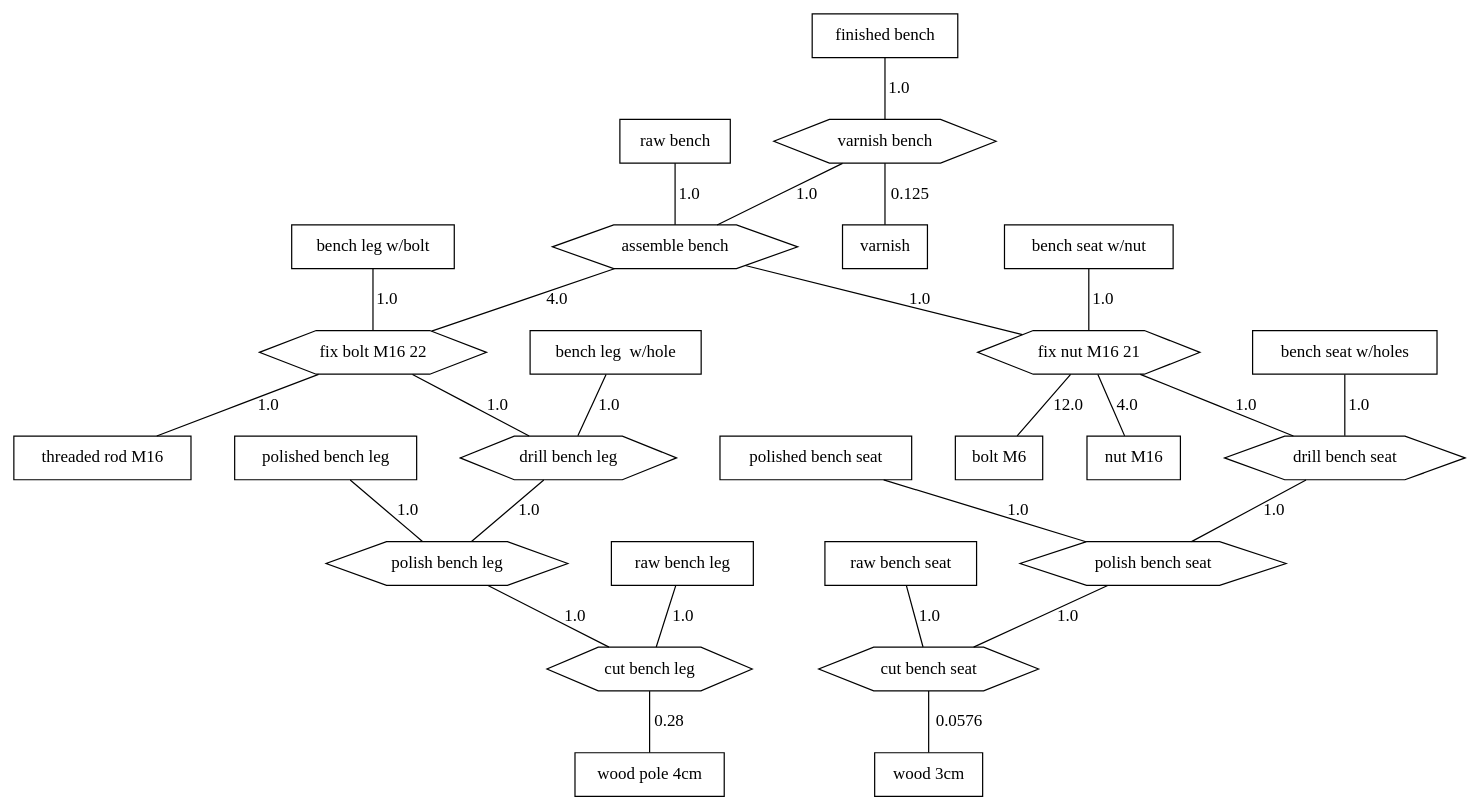
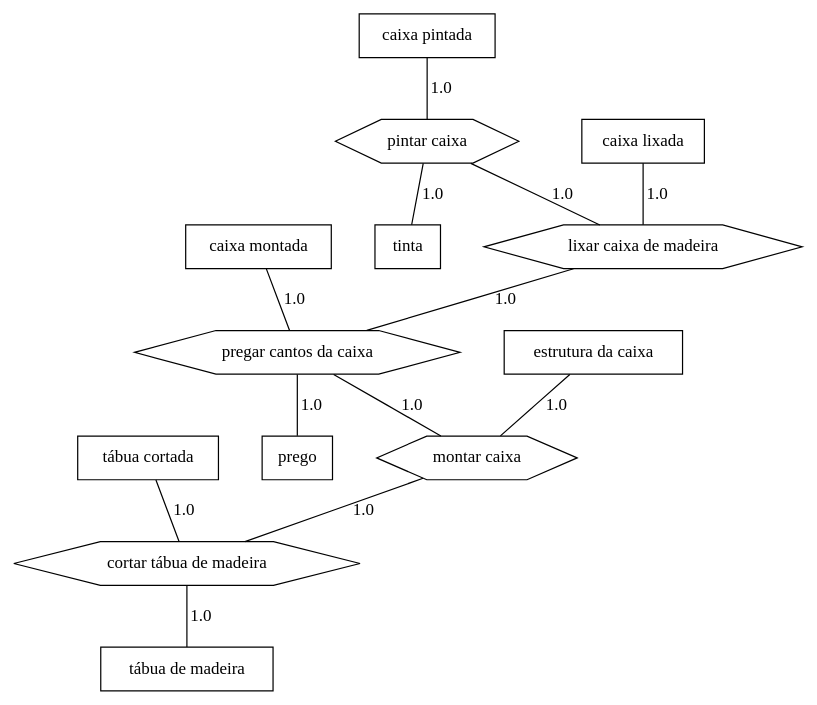
The diagram in outFiles/production_tree.dot (ricardomm7/buildflow), drawn with Graphviz before and after one commit. The commit also changed 2 other files, not shown here.

```diff
--- a/outFiles/production_tree.dot
+++ b/outFiles/production_tree.dot
@@ -1,107 +1,49 @@
 graph G {
   splines=false;
   nodesep=0.5;
   ranksep=0.5;
-  "1001" [shape=box label="bench leg  w/hole"];
-  "1001" -- "14" [label="1.0"];
-  "14" [shape=hexagon label="drill bench leg"];
-  "14" -- "18" [label="1.0"];
-  "18" [shape=hexagon label="polish bench leg"];
-  "18" -- "12" [label="1.0"];
-  "12" [shape=hexagon label="cut bench leg"];
-  "12" -- "1016" [label="0.28"];
-  "1016" [shape=box label="wood pole 4cm"];
-  "1002" [shape=box label="bench leg w/bolt"];
-  "1002" -- "16" [label="1.0"];
-  "16" [shape=hexagon label="fix bolt M16 22"];
-  "16" -- "14" [label="1.0"];
-  "14" [shape=hexagon label="drill bench leg"];
-  "18" [shape=hexagon label="polish bench leg"];
-  "12" [shape=hexagon label="cut bench leg"];
-  "1016" [shape=box label="wood pole 4cm"];
-  "16" -- "1013" [label="1.0"];
-  "1013" [shape=box label="threaded rod M16"];
-  "1003" [shape=box label="bench seat w/holes"];
-  "1003" -- "15" [label="1.0"];
-  "15" [shape=hexagon label="drill bench seat "];
-  "15" -- "19" [label="1.0"];
-  "19" [shape=hexagon label="polish bench seat "];
-  "19" -- "13" [label="1.0"];
-  "13" [shape=hexagon label="cut bench seat"];
-  "13" -- "1015" [label="0.0576"];
-  "1015" [shape=box label="wood 3cm"];
-  "1004" [shape=box label="bench seat w/nut"];
-  "1004" -- "17" [label="1.0"];
-  "17" [shape=hexagon label="fix nut M16 21"];
-  "17" -- "1005" [label="12.0"];
-  "1005" [shape=box label="bolt M6"];
-  "17" -- "1007" [label="4.0"];
-  "1007" [shape=box label="nut M16"];
-  "17" -- "15" [label="1.0"];
-  "15" [shape=hexagon label="drill bench seat "];
-  "19" [shape=hexagon label="polish bench seat "];
-  "13" [shape=hexagon label="cut bench seat"];
-  "1015" [shape=box label="wood 3cm"];
-  "1005" [shape=box label="bolt M6"];
-  "1006" [shape=box label="finished bench"];
-  "1006" -- "20" [label="1.0"];
-  "20" [shape=hexagon label="varnish bench "];
-  "20" -- "1014" [label="0.125"];
-  "1014" [shape=box label="varnish"];
-  "20" -- "11" [label="1.0"];
-  "11" [shape=hexagon label="assemble bench "];
-  "11" -- "17" [label="1.0"];
-  "17" [shape=hexagon label="fix nut M16 21"];
-  "1005" [shape=box label="bolt M6"];
-  "1007" [shape=box label="nut M16"];
-  "15" [shape=hexagon label="drill bench seat "];
-  "19" [shape=hexagon label="polish bench seat "];
-  "13" [shape=hexagon label="cut bench seat"];
-  "1015" [shape=box label="wood 3cm"];
-  "11" -- "16" [label="4.0"];
-  "16" [shape=hexagon label="fix bolt M16 22"];
-  "14" [shape=hexagon label="drill bench leg"];
-  "18" [shape=hexagon label="polish bench leg"];
-  "12" [shape=hexagon label="cut bench leg"];
-  "1016" [shape=box label="wood pole 4cm"];
-  "1013" [shape=box label="threaded rod M16"];
-  "1007" [shape=box label="nut M16"];
-  "1008" [shape=box label="polished bench leg"];
-  "1008" -- "18" [label="1.0"];
-  "18" [shape=hexagon label="polish bench leg"];
-  "12" [shape=hexagon label="cut bench leg"];
-  "1016" [shape=box label="wood pole 4cm"];
-  "1009" [shape=box label="polished bench seat"];
-  "1009" -- "19" [label="1.0"];
-  "19" [shape=hexagon label="polish bench seat "];
-  "13" [shape=hexagon label="cut bench seat"];
-  "1015" [shape=box label="wood 3cm"];
-  "1010" [shape=box label="raw bench"];
-  "1010" -- "11" [label="1.0"];
-  "11" [shape=hexagon label="assemble bench "];
-  "17" [shape=hexagon label="fix nut M16 21"];
-  "1005" [shape=box label="bolt M6"];
-  "1007" [shape=box label="nut M16"];
-  "15" [shape=hexagon label="drill bench seat "];
-  "19" [shape=hexagon label="polish bench seat "];
-  "13" [shape=hexagon label="cut bench seat"];
-  "1015" [shape=box label="wood 3cm"];
-  "16" [shape=hexagon label="fix bolt M16 22"];
-  "14" [shape=hexagon label="drill bench leg"];
-  "18" [shape=hexagon label="polish bench leg"];
-  "12" [shape=hexagon label="cut bench leg"];
-  "1016" [shape=box label="wood pole 4cm"];
-  "1013" [shape=box label="threaded rod M16"];
-  "1011" [shape=box label="raw bench leg"];
-  "1011" -- "12" [label="1.0"];
-  "12" [shape=hexagon label="cut bench leg"];
-  "1016" [shape=box label="wood pole 4cm"];
-  "1012" [shape=box label="raw bench seat"];
-  "1012" -- "13" [label="1.0"];
-  "13" [shape=hexagon label="cut bench seat"];
-  "1015" [shape=box label="wood 3cm"];
-  "1013" [shape=box label="threaded rod M16"];
-  "1014" [shape=box label="varnish"];
-  "1015" [shape=box label="wood 3cm"];
-  "1016" [shape=box label="wood pole 4cm"];
+  "2001" [shape=box label="tábua de madeira"];
+  "2002" [shape=box label="tábua cortada"];
+  "2002" -- "1" [label="1.0"];
+  "1" [shape=hexagon label="cortar tábua de madeira"];
+  "1" -- "2001" [label="1.0"];
+  "2001" [shape=box label="tábua de madeira"];
+  "2003" [shape=box label="estrutura da caixa"];
+  "2003" -- "2" [label="1.0"];
+  "2" [shape=hexagon label="montar caixa"];
+  "2" -- "1" [label="1.0"];
+  "1" [shape=hexagon label="cortar tábua de madeira"];
+  "2001" [shape=box label="tábua de madeira"];
+  "2004" [shape=box label="prego"];
+  "2005" [shape=box label="caixa montada"];
+  "2005" -- "3" [label="1.0"];
+  "3" [shape=hexagon label="pregar cantos da caixa"];
+  "3" -- "2004" [label="1.0"];
+  "2004" [shape=box label="prego"];
+  "3" -- "2" [label="1.0"];
+  "2" [shape=hexagon label="montar caixa"];
+  "1" [shape=hexagon label="cortar tábua de madeira"];
+  "2001" [shape=box label="tábua de madeira"];
+  "2006" [shape=box label="caixa pintada"];
+  "2006" -- "5" [label="1.0"];
+  "5" [shape=hexagon label="pintar caixa"];
+  "5" -- "4" [label="1.0"];
+  "4" [shape=hexagon label="lixar caixa de madeira"];
+  "4" -- "3" [label="1.0"];
+  "3" [shape=hexagon label="pregar cantos da caixa"];
+  "2004" [shape=box label="prego"];
+  "2" [shape=hexagon label="montar caixa"];
+  "1" [shape=hexagon label="cortar tábua de madeira"];
+  "2001" [shape=box label="tábua de madeira"];
+  "5" -- "2008" [label="1.0"];
+  "2008" [shape=box label="tinta"];
+  "2007" [shape=box label="caixa lixada"];
+  "2007" -- "4" [label="1.0"];
+  "4" [shape=hexagon label="lixar caixa de madeira"];
+  "3" [shape=hexagon label="pregar cantos da caixa"];
+  "2004" [shape=box label="prego"];
+  "2" [shape=hexagon label="montar caixa"];
+  "1" [shape=hexagon label="cortar tábua de madeira"];
+  "2001" [shape=box label="tábua de madeira"];
+  "2008" [shape=box label="tinta"];
 }
```
